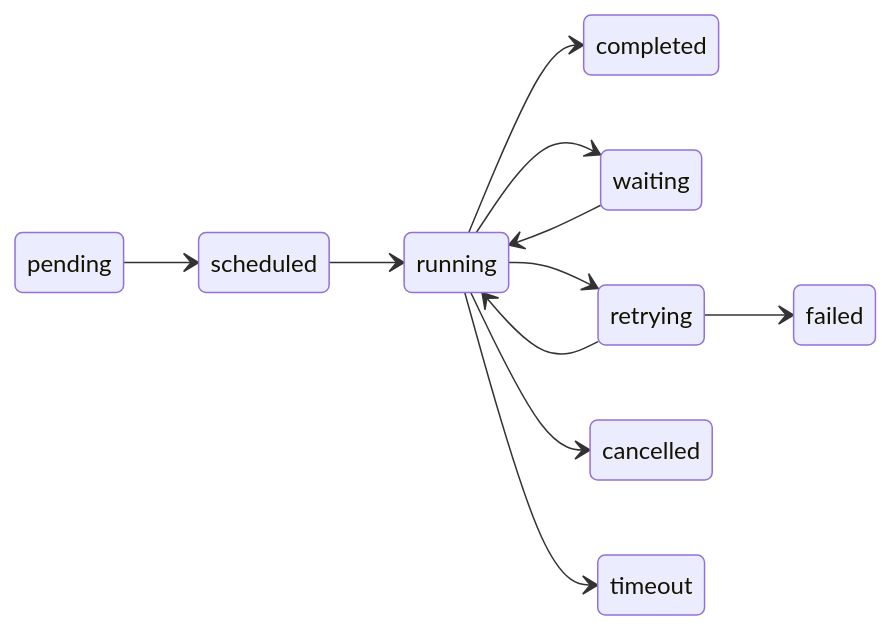
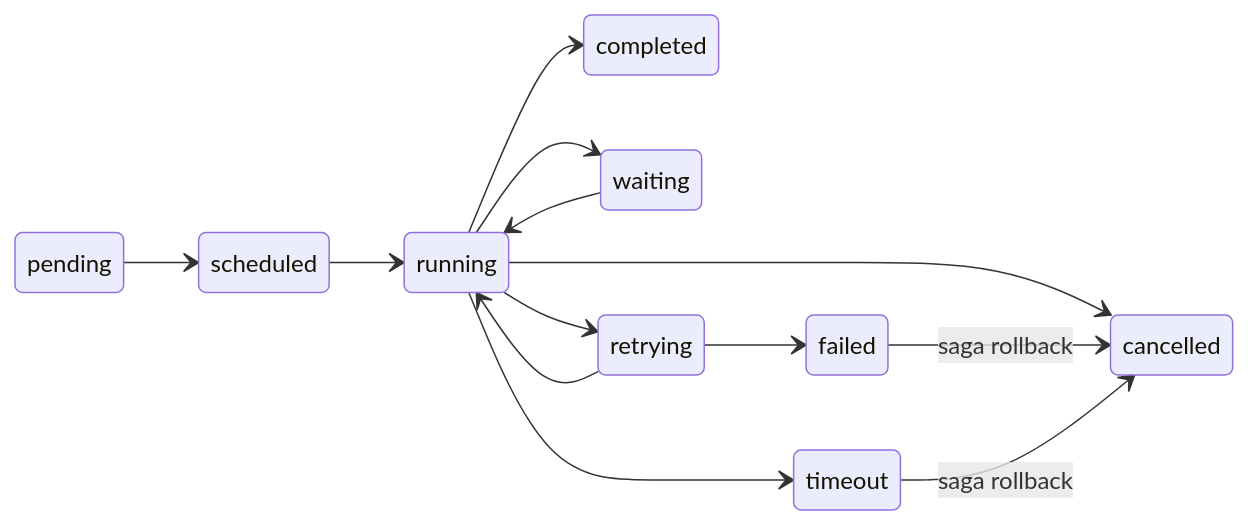
One commit to wmcmahan/cycgraph changed the diagram in apps/docs/src/content/docs/docs/concepts/workflow-state.md. Above: the diagram before and after it, drawn with Mermaid. The commit also changed other lines of this file and 166 other files, not shown here.

````diff
--- a/apps/docs/src/content/docs/docs/concepts/workflow-state.md
+++ b/apps/docs/src/content/docs/docs/concepts/workflow-state.md
@@ -83,14 +92,16 @@
 ```mermaid
 stateDiagram-v2
     direction LR
     pending --> scheduled
     scheduled --> running
     running --> completed
     running --> waiting
     running --> retrying
     waiting --> running
     retrying --> running
     retrying --> failed
     running --> cancelled
     running --> timeout
+    failed --> cancelled: saga rollback
+    timeout --> cancelled: saga rollback
 ```
````
